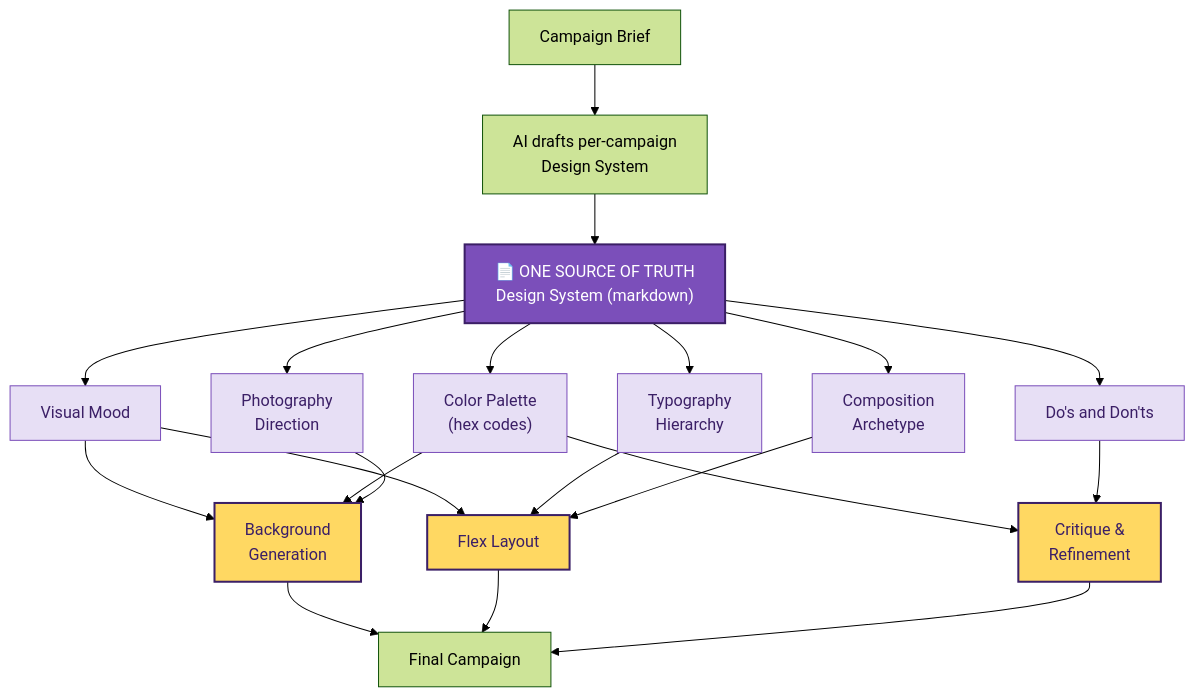
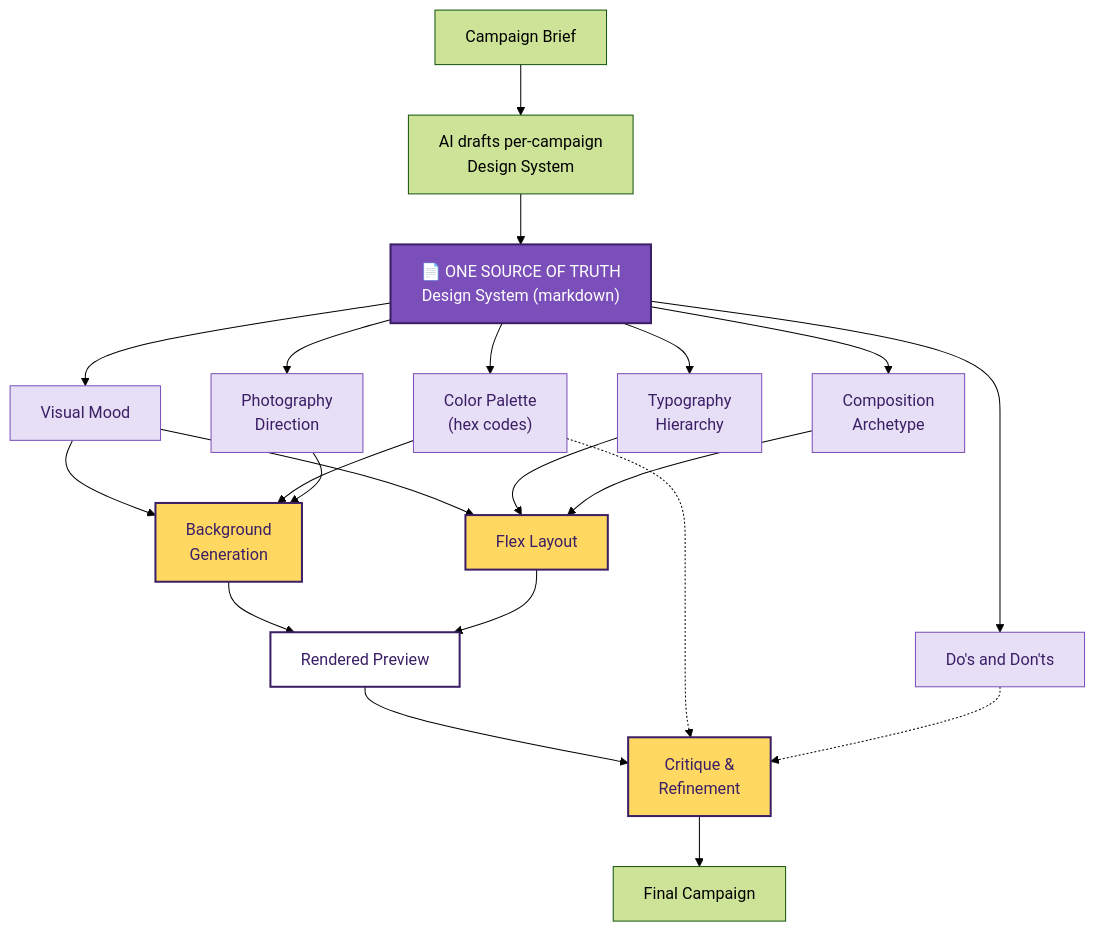
One commit to Chulinuwu/gen-image-layer-separator changed the diagram in docs/pitch/slides.md. Above: the diagram before and after it, drawn with Mermaid (forest theme).

Commit message:
docs: update pitch slide content for improved clarity and flow

````diff
--- a/docs/pitch/slides.md
+++ b/docs/pitch/slides.md
@@ -11,36 +11,40 @@
 ```mermaid
 graph TB
   Brief["Campaign Brief"] --> AI["AI drafts per-campaign<br/>Design System"]
 
   AI --> Spec["📄 ONE SOURCE OF TRUTH<br/>Design System (markdown)"]
 
   Spec --> Mood["Visual Mood"]
   Spec --> Palette["Color Palette<br/>(hex codes)"]
   Spec --> Typo["Typography<br/>Hierarchy"]
   Spec --> Comp["Composition<br/>Archetype"]
   Spec --> Photo["Photography<br/>Direction"]
   Spec --> Rules["Do's and Don'ts"]
 
   Mood --> BG["Background<br/>Generation"]
   Palette --> BG
   Photo --> BG
 
   Mood --> Layout["Flex Layout"]
   Typo --> Layout
   Comp --> Layout
 
-  Palette --> Critique["Critique &<br/>Refinement"]
-  Rules --> Critique
+  BG --> Preview["Rendered Preview"]
+  Layout --> Preview
 
-  BG --> Final["Final Campaign"]
-  Layout --> Final
-  Critique --> Final
+  Preview --> Critique["Critique &<br/>Refinement"]
+  Palette -.-> Critique
+  Rules -.-> Critique
+
+  Critique --> Final["Final Campaign"]
 
   classDef source fill:#7B4FBA,stroke:#3B1F66,color:#fff,stroke-width:2px
   classDef field fill:#E7DFF5,stroke:#7B4FBA,color:#3B1F66
   classDef stage fill:#FFD862,stroke:#3B1F66,color:#3B1F66,stroke-width:2px
+  classDef preview fill:#FFFFFF,stroke:#3B1F66,color:#3B1F66,stroke-width:2px
 
   class Spec source
   class Mood,Palette,Typo,Comp,Photo,Rules field
   class BG,Layout,Critique stage
+  class Preview preview
 ```
````
